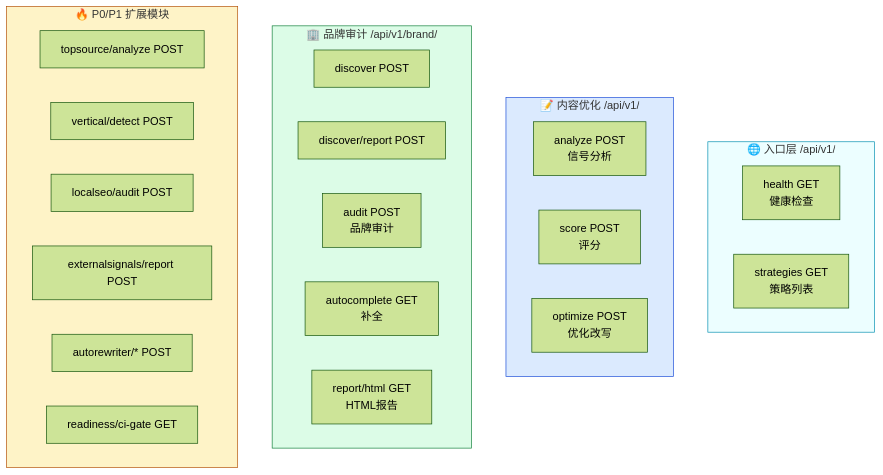
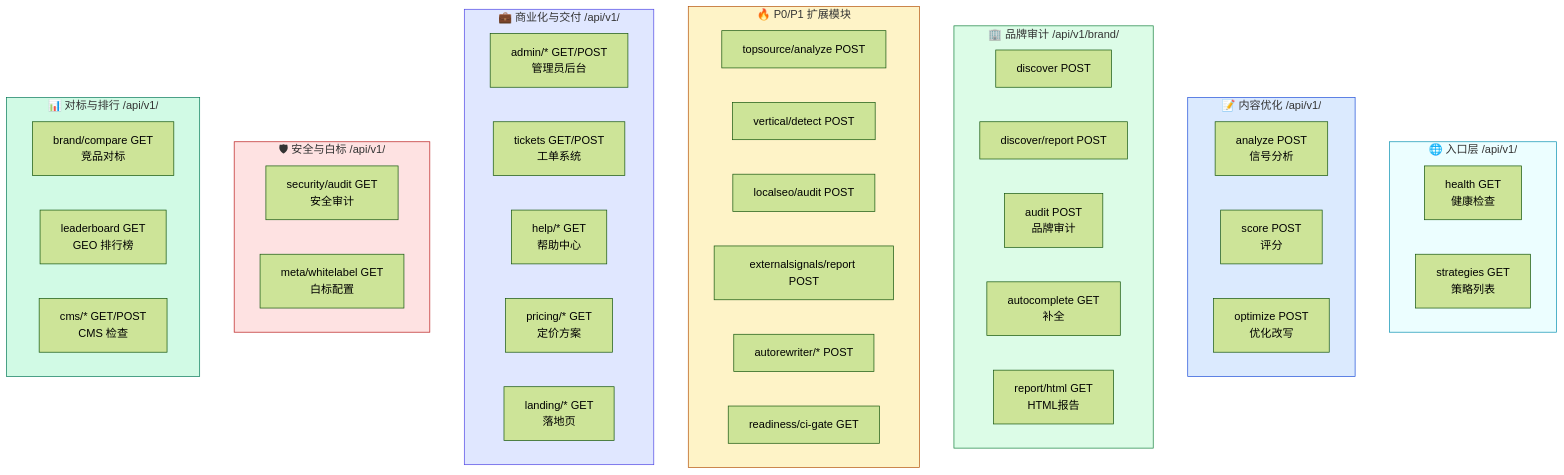
One commit to deep2code/geo changed diagram 29 of 31 in docs/architecture.md. Above: the diagram before and after it, drawn with Mermaid (forest theme). The commit also changed other lines of this file and 29 other files, not shown here.

````diff
--- a/docs/architecture.md
+++ b/docs/architecture.md
@@ -761,35 +764,57 @@
 ```mermaid
 graph TB
     subgraph 入口层["🌐 入口层 /api/v1/"]
         H["health GET<br/>健康检查"]
         ST["strategies GET<br/>策略列表"]
     end
 
     subgraph 内容层["📝 内容优化 /api/v1/"]
         ANA["analyze POST<br/>信号分析"]
         SCO["score POST<br/>评分"]
         OPT["optimize POST<br/>优化改写"]
     end
 
     subgraph 品牌层["🏢 品牌审计 /api/v1/brand/"]
         ACD["discover POST"]
         ACR["discover/report POST"]
         AUD["audit POST<br/>品牌审计"]
         AUT["autocomplete GET<br/>补全"]
         REP["report/html GET<br/>HTML报告"]
     end
 
     subgraph 扩展层["🔥 P0/P1 扩展模块"]
         TS["topsource/analyze POST"]
         VR["vertical/detect POST"]
         LS["localseo/audit POST"]
         ES["externalsignals/report POST"]
         AR["autorewriter/* POST"]
         RD["readiness/ci-gate GET"]
     end
 
+    subgraph 商业化["💼 商业化与交付 /api/v1/"]
+        AD["admin/* GET/POST<br/>管理员后台"]
+        TK["tickets GET/POST<br/>工单系统"]
+        HP["help/* GET<br/>帮助中心"]
+        PR["pricing/* GET<br/>定价方案"]
+        LD["landing/* GET<br/>落地页"]
+    end
+
+    subgraph 安全["🛡 安全与白标 /api/v1/"]
+        SE["security/audit GET<br/>安全审计"]
+        WL["meta/whitelabel GET<br/>白标配置"]
+    end
+
+    subgraph 对标["📊 对标与排行 /api/v1/"]
+        CP["brand/compare GET<br/>竞品对标"]
+        LB["leaderboard GET<br/>GEO 排行榜"]
+        CMS["cms/* GET/POST<br/>CMS 检查"]
+    end
+
     style 入口层 fill:#ecfeff,stroke:#0891b2
     style 内容层 fill:#dbeafe,stroke:#1d4ed8
     style 品牌层 fill:#dcfce7,stroke:#15803d
     style 扩展层 fill:#fef3c7,stroke:#b45309
+    style 商业化 fill:#e0e7ff,stroke:#4f46e5
+    style 安全 fill:#fee2e2,stroke:#b91c1c
+    style 对标 fill:#d1fae5,stroke:#047857
 ```
````
